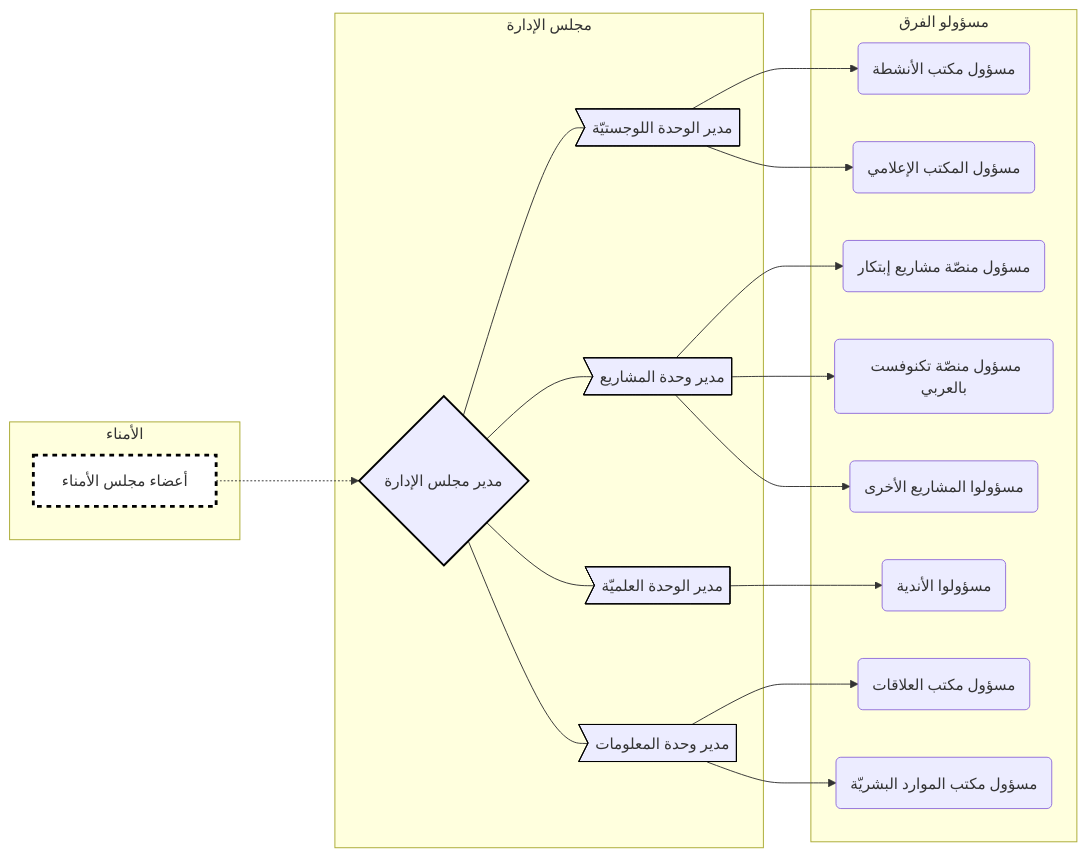
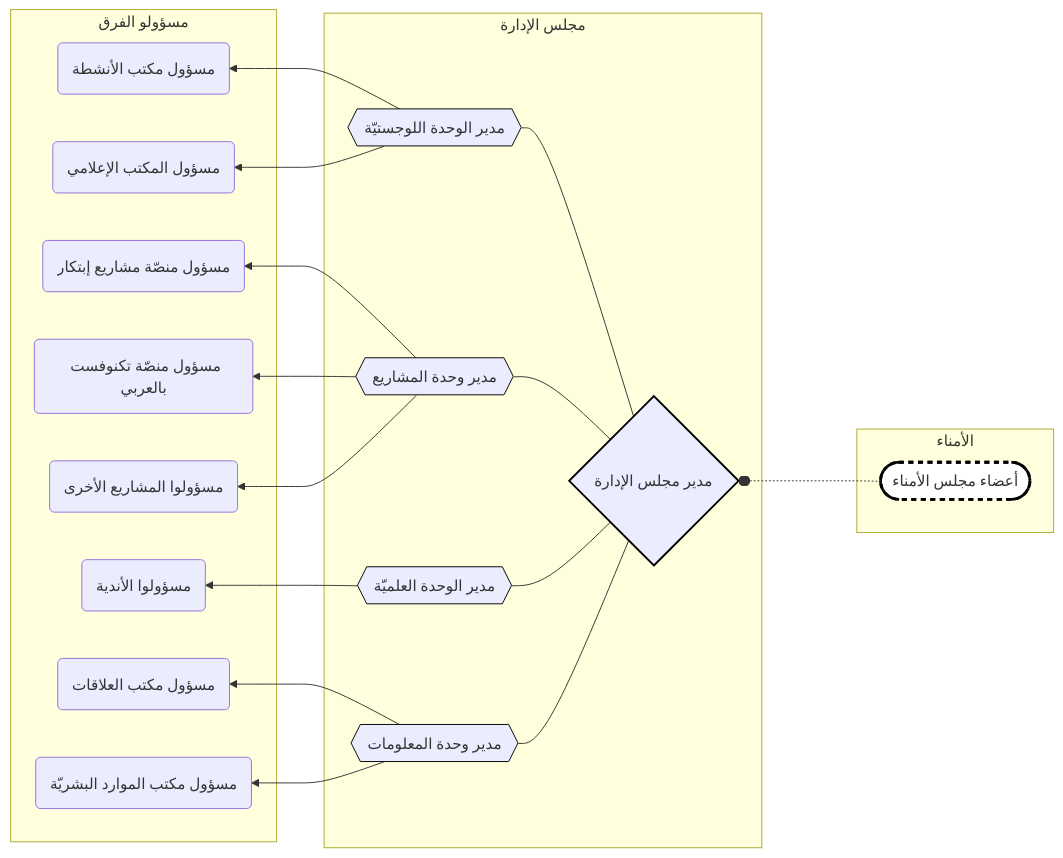
The second of 8 diagrams in x.md (cankanalbir/system1), drawn with Mermaid before and after one commit. The commit also changed other lines of this file, not shown here.

````diff
--- a/x.md
+++ b/x.md
@@ -1,37 +37,37 @@
 ``` mermaid
-flowchart LR
+flowchart RL
 
 subgraph 0 [الأمناء]
-BOT[أعضاء مجلس الأمناء]
+BOT([أعضاء مجلس الأمناء])
 end
 
-BOT -..-> BOD{مدير مجلس الإدارة}
+BOT -..-o BOD{مدير مجلس الإدارة}
 style BOT fill:white,stroke:black,stroke-width:3px,stroke-dasharray: 5 5
 style BOD stroke:black,stroke-width:2px
 
 subgraph 1 [مجلس الإدارة]
-BOD --- scientific>مدير الوحدة العلميّة]
-BOD --- projects>مدير وحدة المشاريع]
-BOD --- logistics>مدير الوحدة اللوجستيّة]
-BOD --- information>مدير وحدة المعلومات]
+BOD --- scientific{{مدير الوحدة العلميّة}}
+BOD --- projects{{مدير وحدة المشاريع}}
+BOD --- logistics{{مدير الوحدة اللوجستيّة}}
+BOD --- information{{مدير وحدة المعلومات}}
 end
 
 style scientific stroke:black
 style projects stroke:black
 style logistics stroke:black
 style information stroke:black
 
 subgraph 2 [مسؤولو الفرق]
 logistics --> l1(مسؤول مكتب الأنشطة)
 logistics --> l2(مسؤول المكتب الإعلامي)
 
 projects --> p1(مسؤول منصّة مشاريع إبتكار)
 projects --> p3(مسؤول منصّة تكنوفست بالعربي)
 projects --> p2(مسؤولوا المشاريع الأخرى)
 
 scientific --> s1(مسؤولوا الأندية)
 
 information --> i1(مسؤول مكتب العلاقات)
 information --> i2(مسؤول مكتب الموارد البشريّة)
 end
 ```
````
